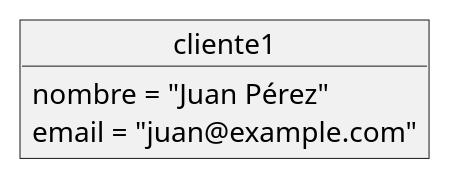
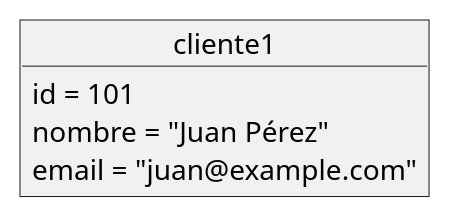
Before and after one commit to pepesan/enterprise-architect-avanzado-uml: the diagram in doc/04_objeto/plantuml/01_basico.puml, drawn with PlantUML. The commit also changed 2 other files, not shown here.

Commit message:
mejorado ejemplo objetos y hecho el ejercicio de crear el diagrama de objetos de ejemplo para la biblioteca

```diff
--- a/doc/04_objeto/plantuml/01_basico.puml
+++ b/doc/04_objeto/plantuml/01_basico.puml
@@ -1,6 +1,7 @@
 @startuml
 object cliente1 {
+  id = 101
   nombre = "Juan Pérez"
   email = "juan@example.com"
 }
 @enduml
```
